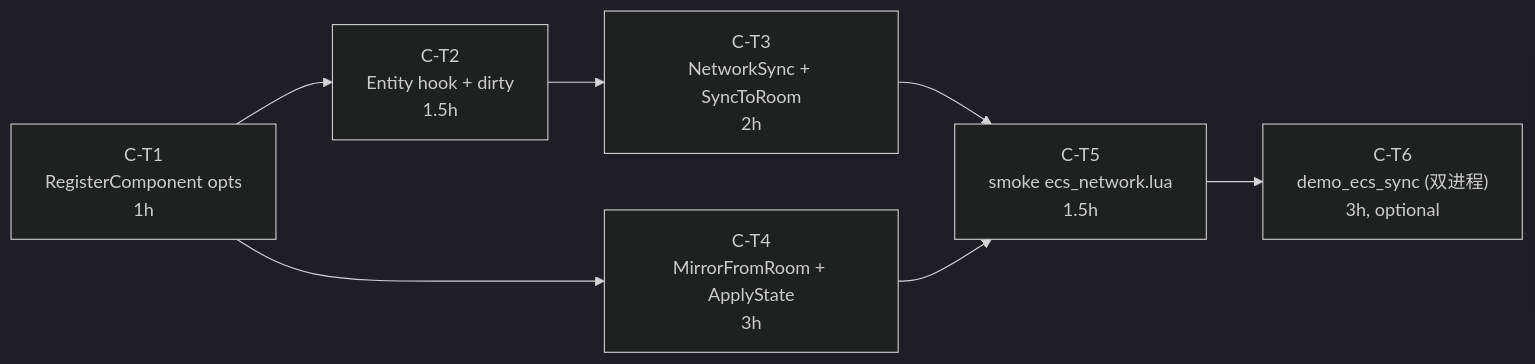
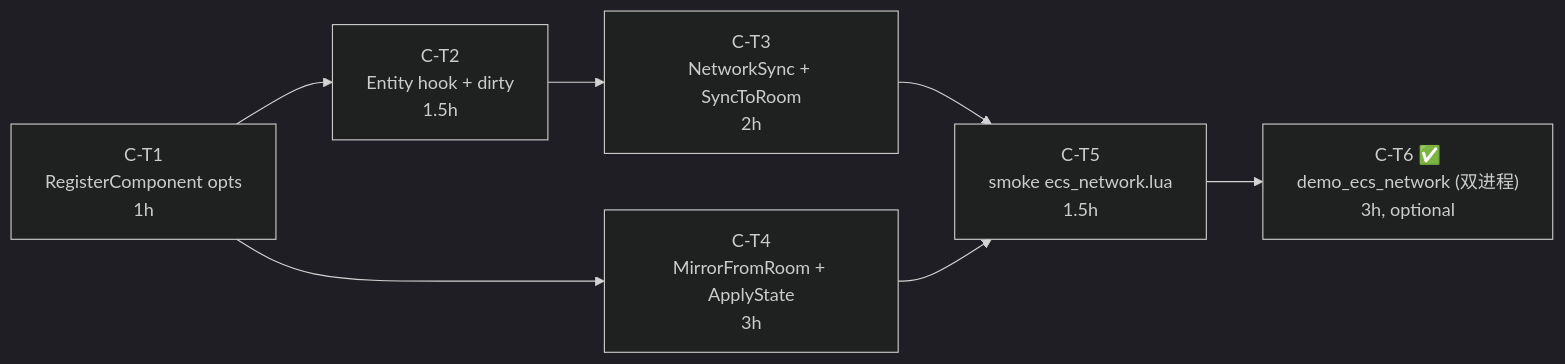
The diagram in docs/Phase C ECS网络化/TASK_PhaseC.md (futzhj/ChocoLightEngine), drawn with Mermaid (dark theme) before and after one commit. The commit also changed other lines of this file and 2 other files, not shown here.

Commit message:
feat(phase-c): demo_ecs_network end-to-end sample (C-T6)

````diff
--- a/docs/Phase C ECS网络化/TASK_PhaseC.md
+++ b/docs/Phase C ECS网络化/TASK_PhaseC.md
@@ -19,16 +19,16 @@
 ```mermaid
 flowchart LR
     T1["C-T1<br/>RegisterComponent opts<br/>1h"]
     T2["C-T2<br/>Entity hook + dirty<br/>1.5h"]
     T3["C-T3<br/>NetworkSync + SyncToRoom<br/>2h"]
     T4["C-T4<br/>MirrorFromRoom + ApplyState<br/>3h"]
     T5["C-T5<br/>smoke ecs_network.lua<br/>1.5h"]
-    T6["C-T6<br/>demo_ecs_sync (双进程)<br/>3h, optional"]
+    T6["C-T6 ✅<br/>demo_ecs_network (双进程)<br/>3h, optional"]
 
     T1 --> T2
     T2 --> T3
     T3 --> T5
     T1 --> T4
     T4 --> T5
     T5 --> T6
 ```
````
